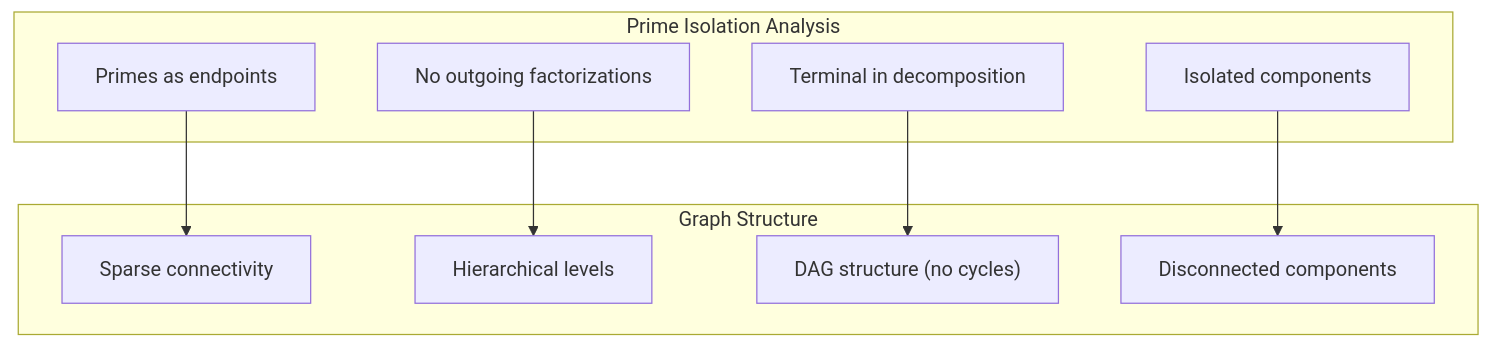
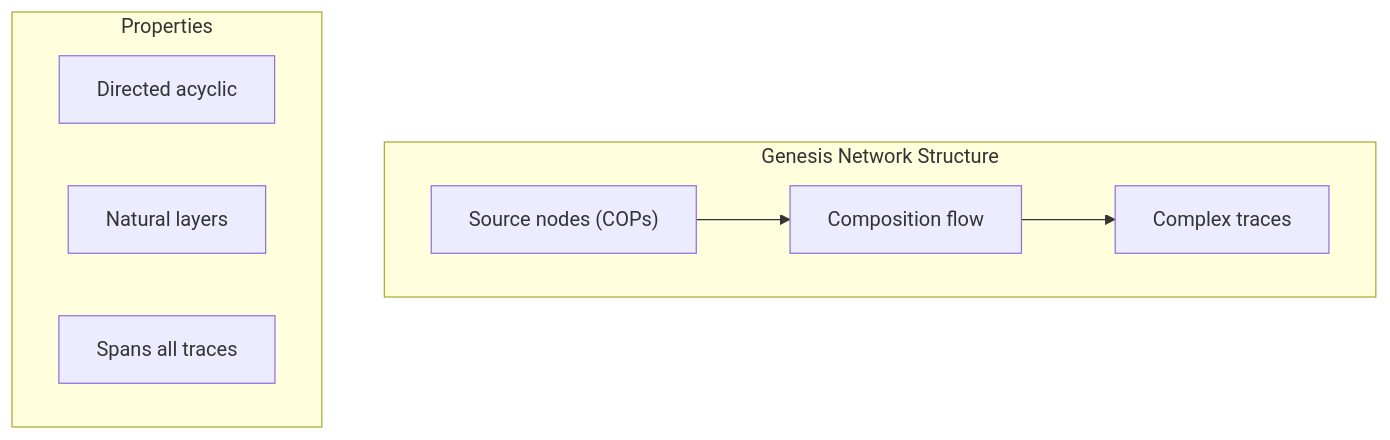
One commit to loning/the-binarymath changed diagram 11 of 13 in docs/codex/volume-01-trace-numbers/chapter-023-prime-trace.md. Above: the diagram before and after it, drawn with Mermaid. The commit also changed other lines of this file and 4 other files, not shown here.

````diff
--- a/docs/codex/volume-01-trace-numbers/chapter-023-prime-trace.md
+++ b/docs/codex/volume-01-trace-numbers/chapter-023-prime-trace.md
@@ -419,21 +500,16 @@
 ```mermaid
 graph TD
-    subgraph "Prime Isolation Analysis"
-        ENDPOINTS["Primes as endpoints"]
-        NO_OUTGOING["No outgoing factorizations"]
-        TERMINAL["Terminal in decomposition"]
-        ISOLATED["Isolated components"]
+    subgraph "Genesis Network Structure"
+        SOURCES["Source nodes (COPs)"]
+        FLOW["Composition flow"]
+        SINKS["Complex traces"]
+        
+        SOURCES --> FLOW --> SINKS
     end
     
-    subgraph "Graph Structure"
-        SPARSE["Sparse connectivity"]
-        HIERARCHICAL["Hierarchical levels"]
-        DAG["DAG structure (no cycles)"]
-        COMPONENTS["Disconnected components"]
+    subgraph "Properties"
+        DAG["Directed acyclic"]
+        LAYERED["Natural layers"]
+        COMPLETE["Spans all traces"]
     end
-    
-    ENDPOINTS --> SPARSE
-    NO_OUTGOING --> HIERARCHICAL
-    TERMINAL --> DAG
-    ISOLATED --> COMPONENTS
 ```
````
